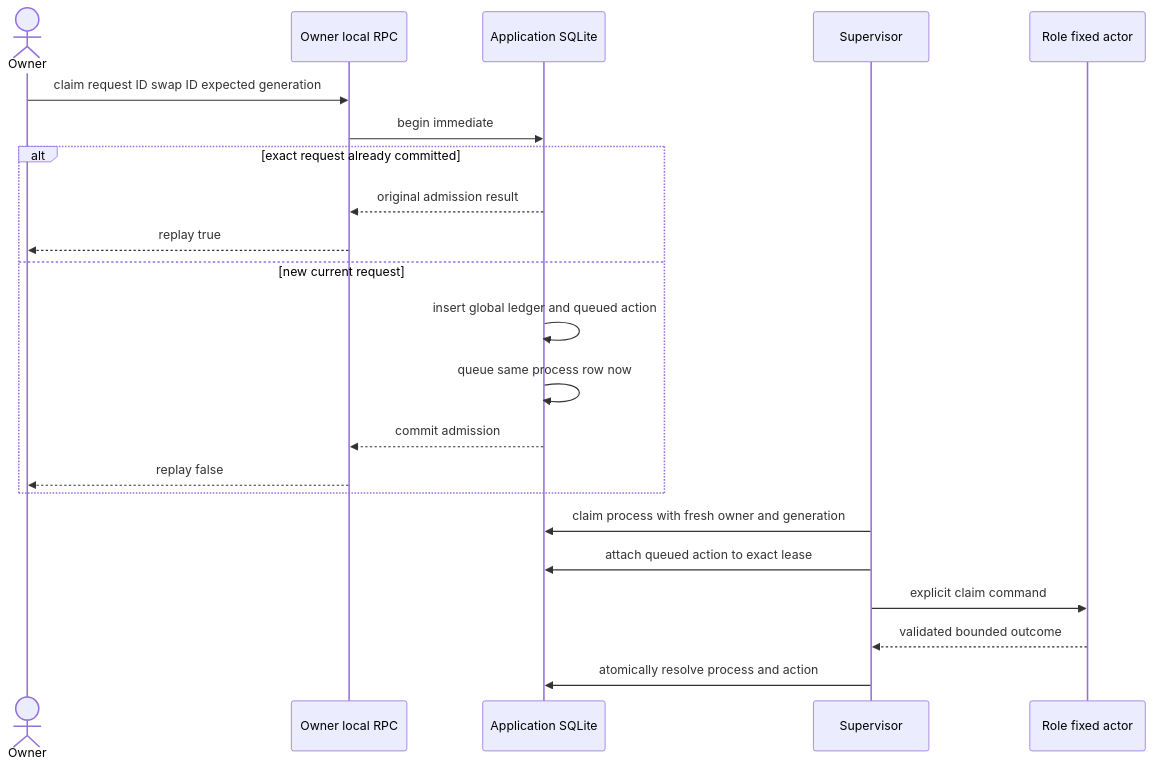
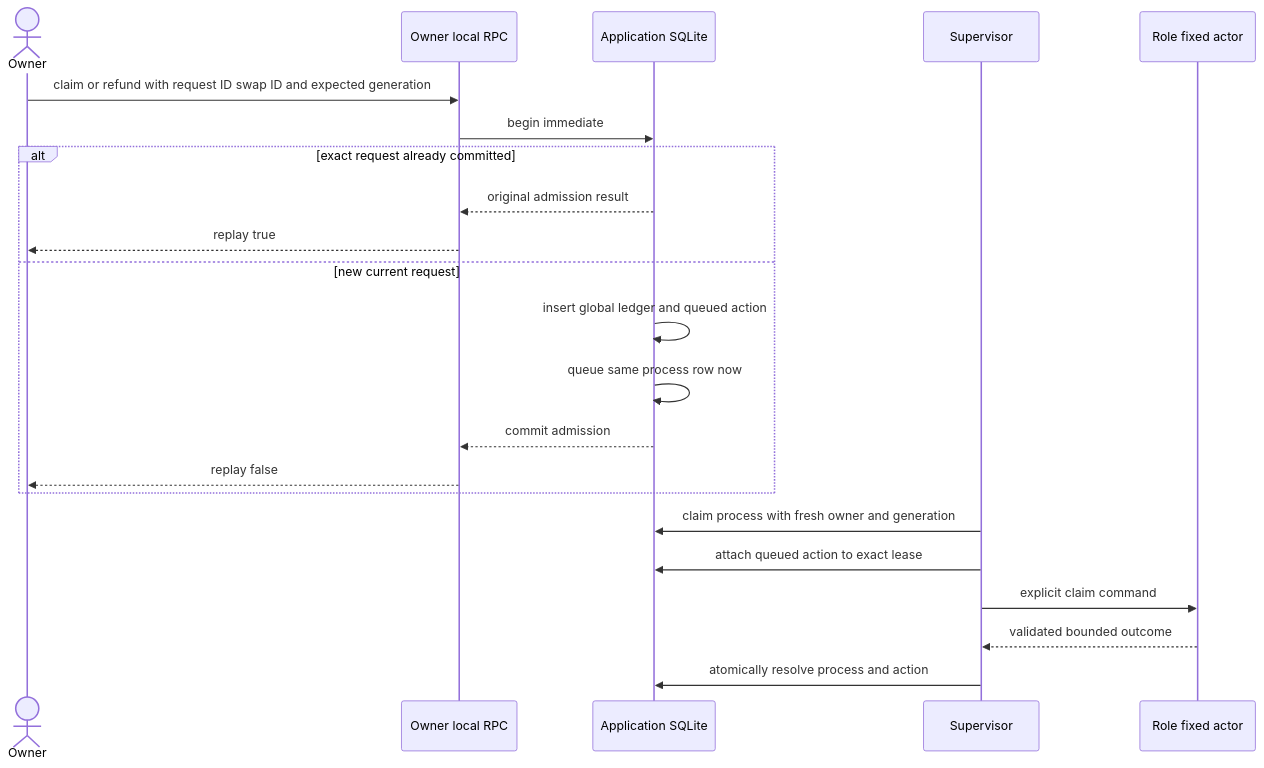
The second of 3 diagrams in docs/architecture/0103-persist-replay-safe-manual-actor-actions.md (gateway-fm/lez-atomic-swaps), drawn with Mermaid before and after one commit. The commit also changed other lines of this file and 16 other files, not shown here.

````diff
--- a/docs/architecture/0103-persist-replay-safe-manual-actor-actions.md
+++ b/docs/architecture/0103-persist-replay-safe-manual-actor-actions.md
@@ -71,25 +78,25 @@
 ```mermaid
 sequenceDiagram
     actor Owner
     participant RPC as Owner local RPC
     participant DB as Application SQLite
     participant S as Supervisor
     participant A as Role fixed actor
 
-    Owner->>RPC: claim request ID swap ID expected generation
+    Owner->>RPC: claim or refund with request ID swap ID and expected generation
     RPC->>DB: begin immediate
     alt exact request already committed
         DB-->>RPC: original admission result
         RPC-->>Owner: replay true
     else new current request
         DB->>DB: insert global ledger and queued action
         DB->>DB: queue same process row now
         DB-->>RPC: commit admission
         RPC-->>Owner: replay false
     end
     S->>DB: claim process with fresh owner and generation
     S->>DB: attach queued action to exact lease
     S->>A: explicit claim command
     A-->>S: validated bounded outcome
     S->>DB: atomically resolve process and action
 ```
````
